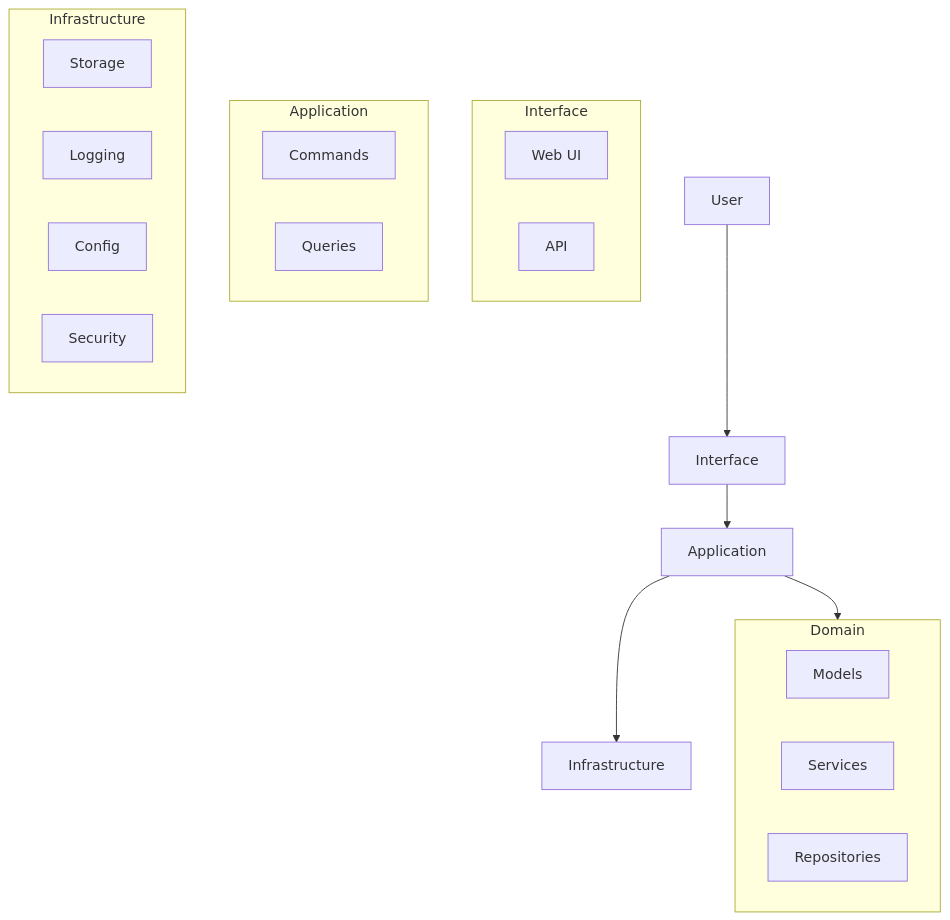
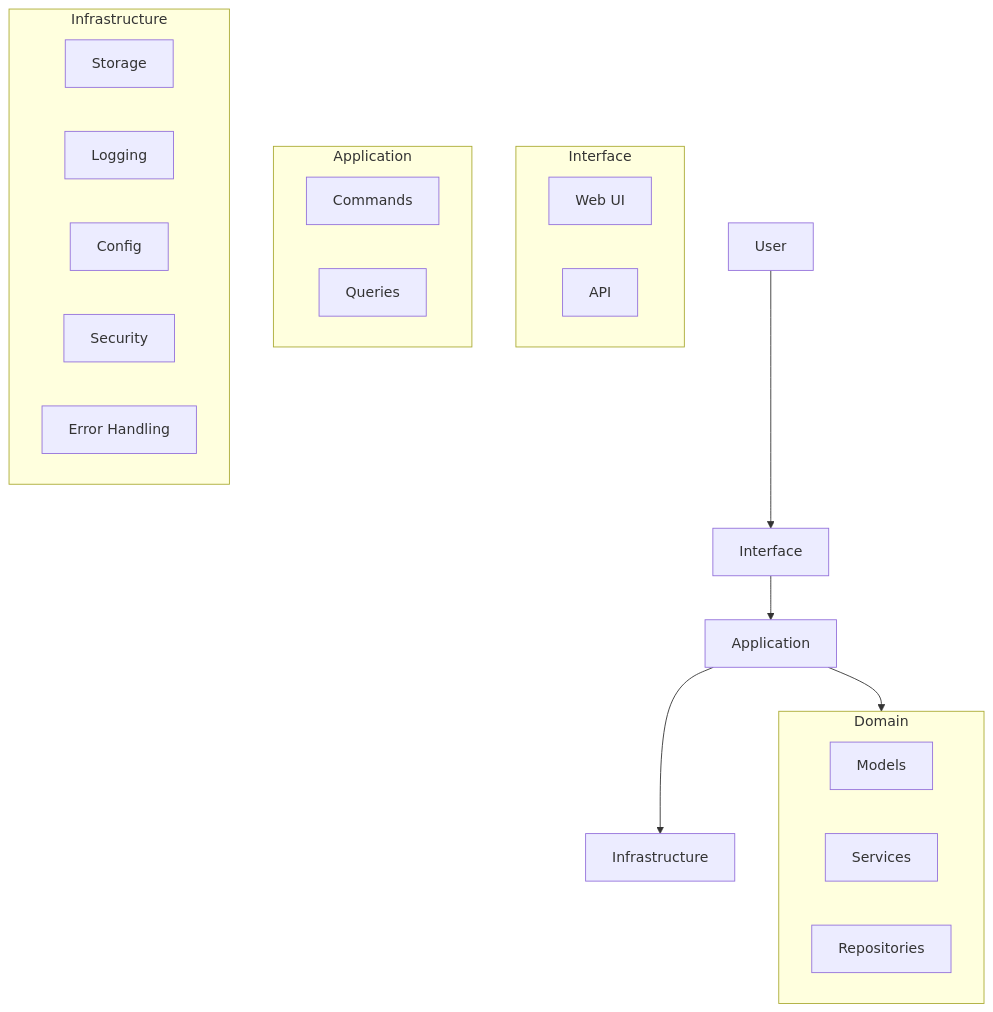
One commit to erfianugrah/pastebin changed the second of 2 diagrams in README.md. Above: the diagram before and after it, drawn with Mermaid. The commit also changed other lines of this file and 1 other file, not shown here.

````diff
--- a/README.md
+++ b/README.md
@@ -75,30 +81,31 @@
 ```mermaid
 graph TD
     User[User] --> UI[Interface]
     UI --> App[Application]
     App --> Domain[Domain]
     App --> Infra[Infrastructure]
     
     subgraph "Interface"
       Web[Web UI]
       API[API]
     end
     
     subgraph "Application"
       Cmd[Commands]
       Qry[Queries]
     end
     
     subgraph "Domain"
       Model[Models]
       Svc[Services]
       Repo[Repositories]
     end
     
     subgraph "Infrastructure"
       KV[Storage]
       Log[Logging]
       Cfg[Config]
       Sec[Security]
+      Err[Error Handling]
     end
 ```
````
